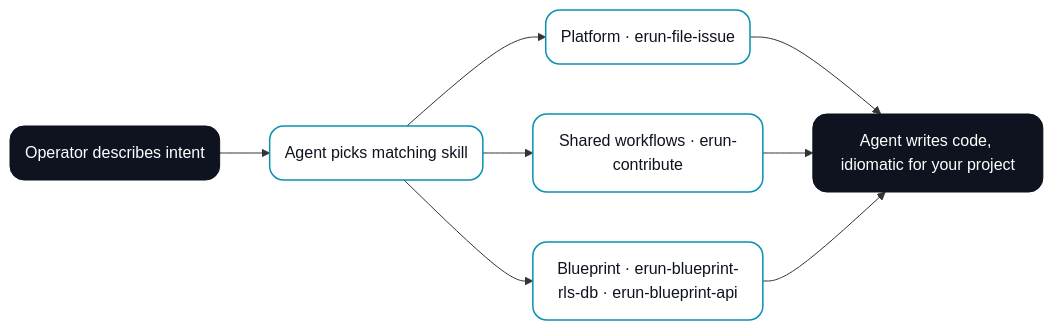
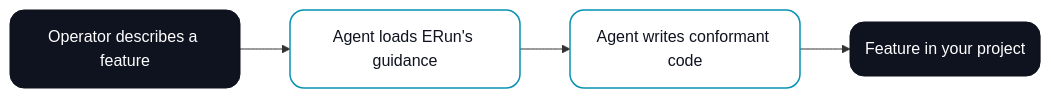
One commit to sophium/erun changed the diagram in erun-docs/docs/intro.md. Above: the diagram before and after it, drawn with Mermaid. The commit also changed other lines of this file, not shown here.

Commit message:
intro AI-native: tighten the framing, drop skill-name detail
The intro should sell the value, not enumerate the catalogue. Reworked
the AI-native chapter to lead with what the Operator actually
experiences: ask for a feature, it happens — no template picker, no
scaffolding wizard, no skill-name menu. The mechanism (skills, the
Agent loading guidance, conventions baked in) is described in one
sentence; specific skill names live on collaboration/skills and the
spec page, not here.

Replaced the three-rail diagram with a single linear flow
(Operator → Agent loads guidance → Agent writes code → feature in
your project). No skill names in the diagram either.

Reframed the sharing paragraph: ERun grows by contribution. When a
user finds a way to use ERun more efficiently, they share it back as
an ERun feature; the next env-open picks it up everywhere. This
captures the user-to-user value loop without naming categories or
specific skills.

Catalogue cross-links remain so readers who want the names + triggers
+ commands can follow one click out to /collaboration/skills,
/concepts/skills, or /agent-reference/skills-spec.

````diff
--- a/erun-docs/docs/intro.md
+++ b/erun-docs/docs/intro.md
@@ -58,13 +58,9 @@
 ```mermaid
 flowchart LR
-    O("Operator describes intent"):::endpoint --> A("Agent picks matching skill"):::step
-    A --> P("Platform · erun-file-issue"):::step
-    A --> W("Shared workflows · erun-contribute"):::step
-    A --> B("Blueprint · erun-blueprint-rls-db · erun-blueprint-api"):::step
-    P --> R("Agent writes code, idiomatic for your project"):::endpoint
-    W --> R
-    B --> R
+    O("Operator describes a feature"):::endpoint --> A("Agent loads ERun's guidance"):::step
+    A --> C("Agent writes conformant code"):::step
+    C --> R("Feature in your project"):::endpoint
 
     classDef endpoint fill:#0f1320,color:#ffffff,stroke:#0a1019,stroke-width:1px,rx:14,ry:14;
     classDef step     fill:#ffffff,color:#0f1320,stroke:#0891b2,stroke-width:1.5px,rx:14,ry:14;
 ```
````
